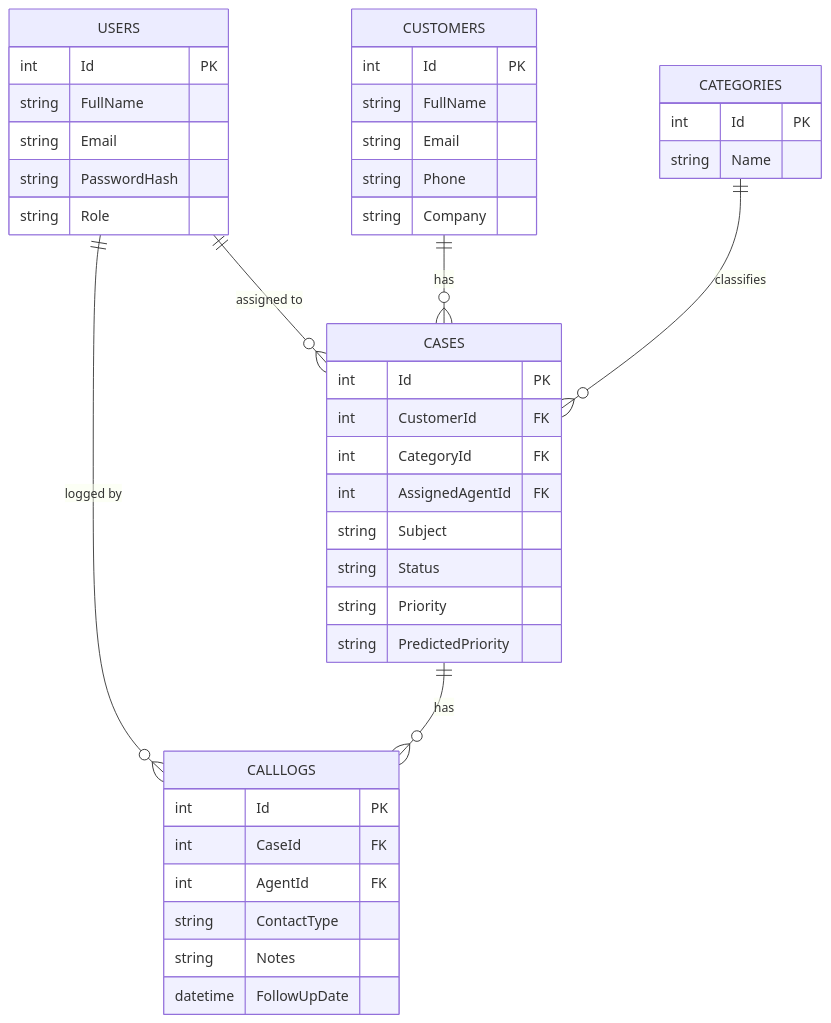
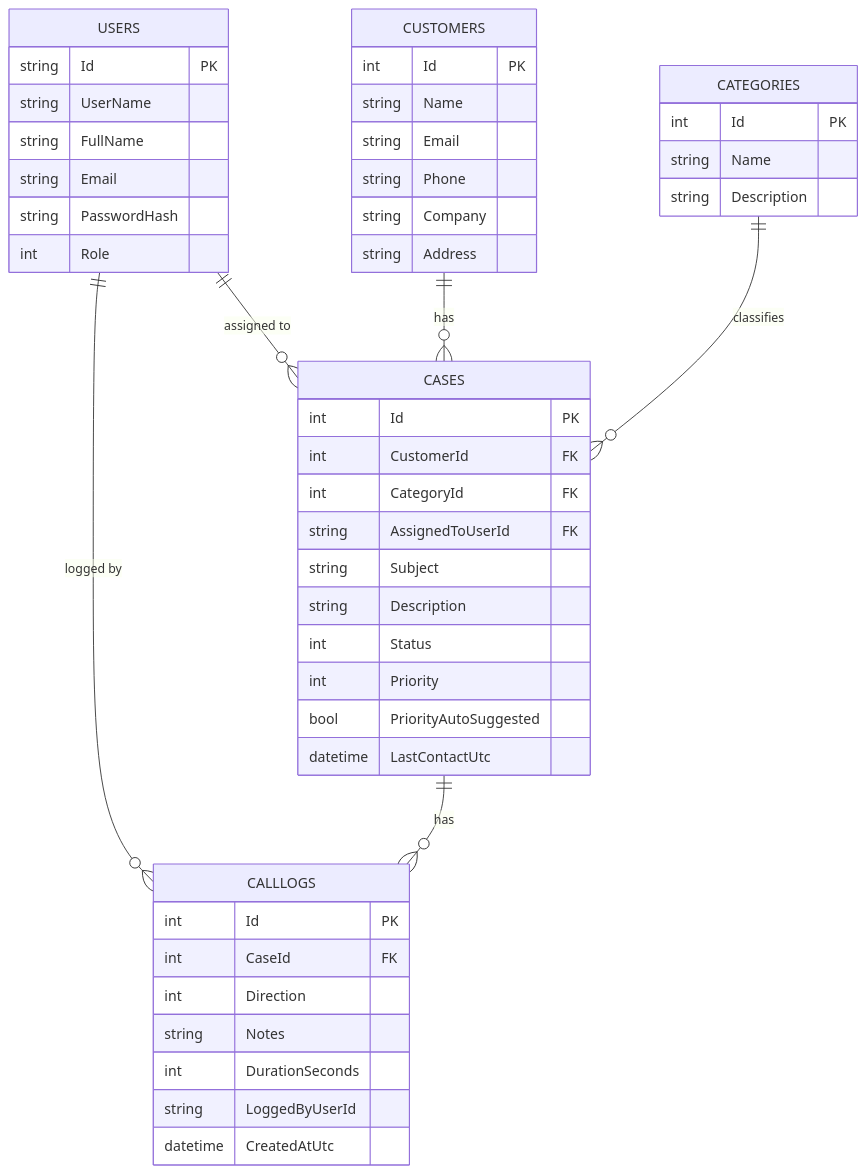
Before and after one commit to gpapillera/customer-service-ai-dashboard: the second of 2 diagrams in README.md, drawn with Mermaid. The commit also changed other lines of this file and 46 other files, not shown here.

````diff
--- a/README.md
+++ b/README.md
@@ -88,45 +88,51 @@
 ```mermaid
 erDiagram
     USERS ||--o{ CASES : "assigned to"
     USERS ||--o{ CALLLOGS : "logged by"
     CUSTOMERS ||--o{ CASES : "has"
     CATEGORIES ||--o{ CASES : "classifies"
     CASES ||--o{ CALLLOGS : "has"
 
     USERS {
-        int Id PK
+        string Id PK
+        string UserName
         string FullName
         string Email
         string PasswordHash
-        string Role
+        int Role
     }
     CUSTOMERS {
         int Id PK
-        string FullName
+        string Name
         string Email
         string Phone
         string Company
+        string Address
     }
     CATEGORIES {
         int Id PK
         string Name
+        string Description
     }
     CASES {
         int Id PK
         int CustomerId FK
         int CategoryId FK
-        int AssignedAgentId FK
+        string AssignedToUserId FK
         string Subject
-        string Status
-        string Priority
-        string PredictedPriority
+        string Description
+        int Status
+        int Priority
+        bool PriorityAutoSuggested
+        datetime LastContactUtc
     }
     CALLLOGS {
         int Id PK
         int CaseId FK
-        int AgentId FK
-        string ContactType
+        int Direction
         string Notes
-        datetime FollowUpDate
+        int DurationSeconds
+        string LoggedByUserId
+        datetime CreatedAtUtc
     }
 ```
````
